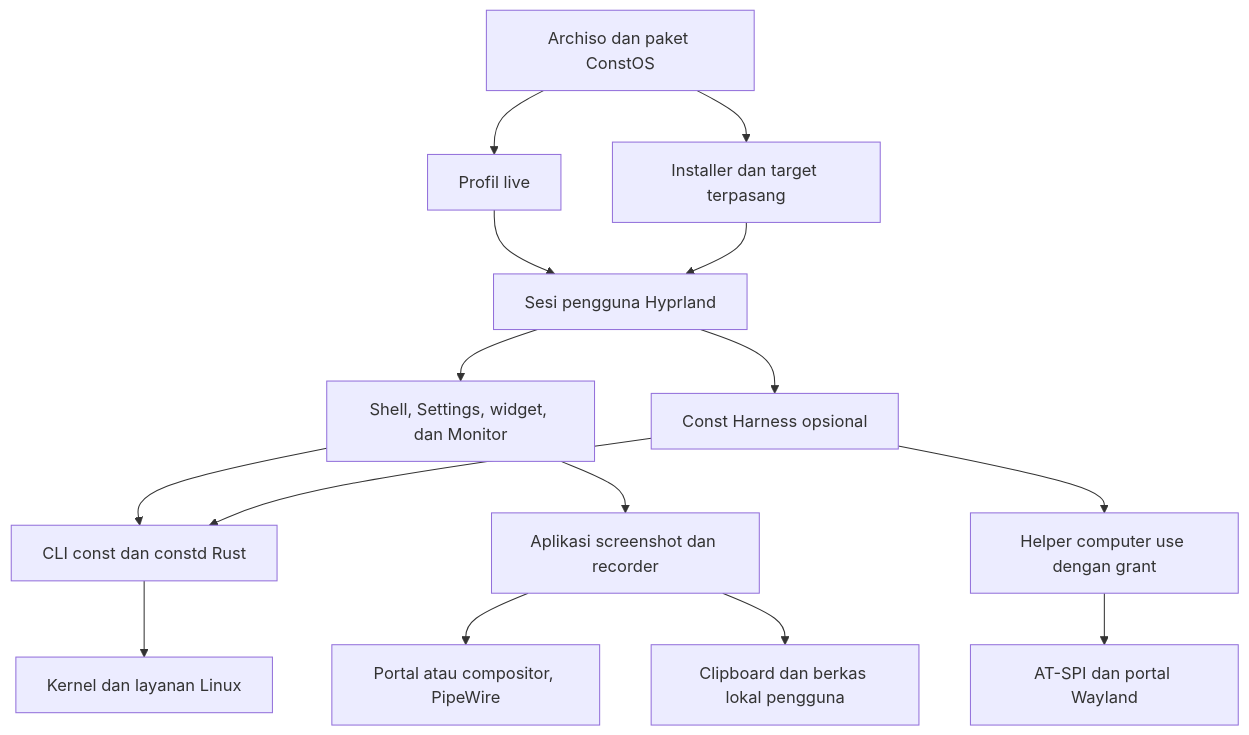
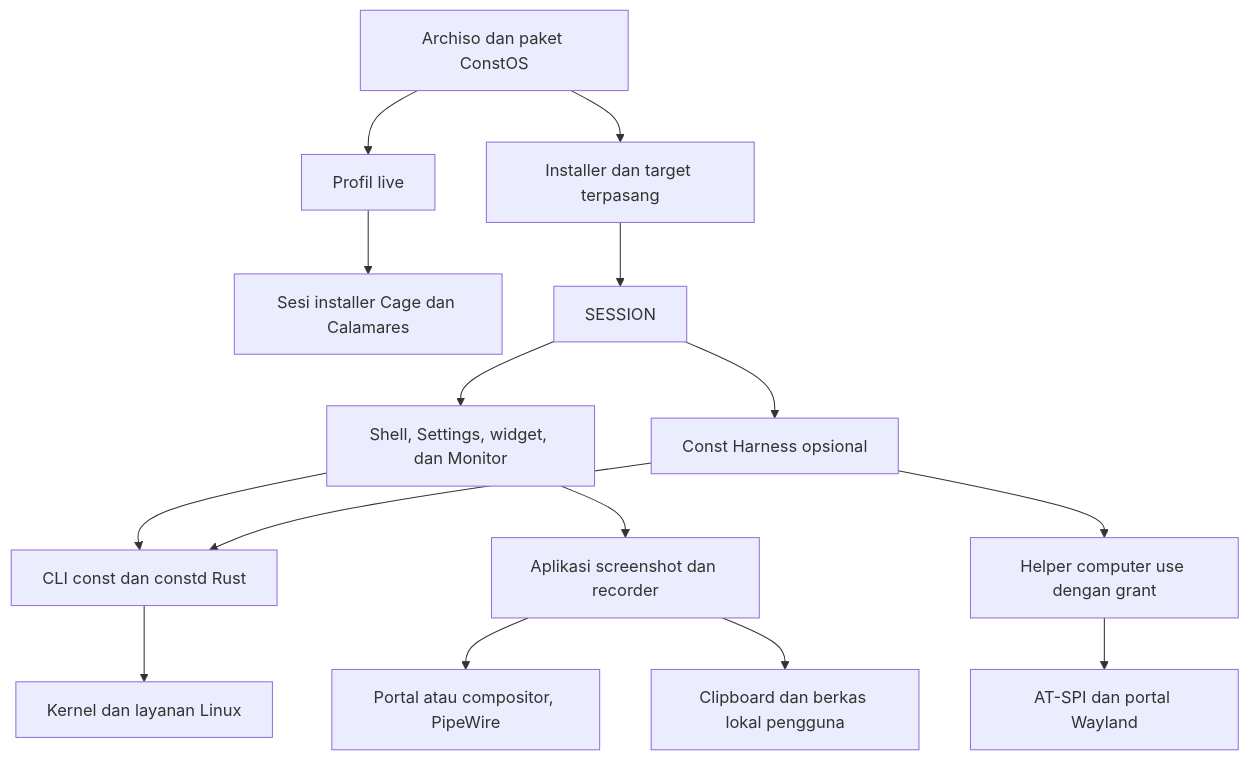
One commit to alifconstantine/const-tsukuyomi changed the diagram in docs/architecture.md. Above: the diagram before and after it, drawn with Mermaid. The commit also changed other lines of this file and 46 other files, not shown here.

Commit message:
fix: boot into a dedicated English installer session

````diff
--- a/docs/architecture.md
+++ b/docs/architecture.md
@@ -23,17 +23,17 @@
 ```mermaid
 flowchart TD
     BUILD["Archiso dan paket ConstOS"] --> LIVE["Profil live"]
     BUILD --> INSTALL["Installer dan target terpasang"]
-    LIVE --> SESSION["Sesi pengguna Hyprland"]
+    LIVE --> KIOSK["Sesi installer Cage dan Calamares"]
     INSTALL --> SESSION
     SESSION --> SHELL["Shell, Settings, widget, dan Monitor"]
     SHELL --> CORE["CLI const dan constd Rust"]
     CORE --> SYSTEM["Kernel dan layanan Linux"]
     SHELL --> CAPTURE["Aplikasi screenshot dan recorder"]
     CAPTURE --> SOURCES["Portal atau compositor, PipeWire"]
     CAPTURE --> FILES["Clipboard dan berkas lokal pengguna"]
     SESSION --> HARNESS["Const Harness opsional"]
     HARNESS --> CORE
     HARNESS --> HELPER["Helper computer use dengan grant"]
     HELPER --> OBSERVE["AT-SPI dan portal Wayland"]
 ```
````
